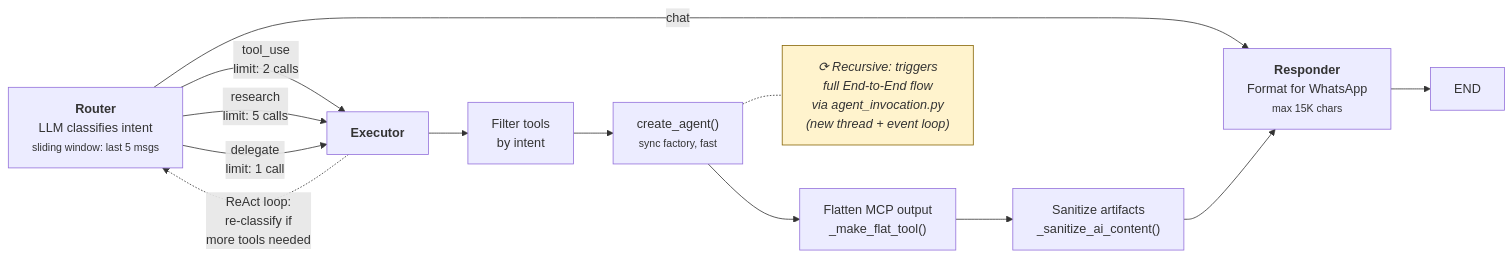
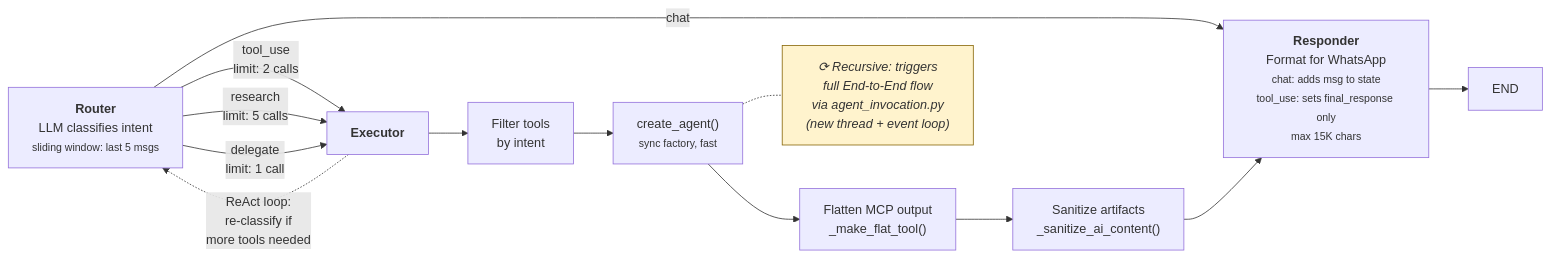
Before and after one commit to jeancsil/agntrick: the second of 2 diagrams in AGENTS.md, drawn with Mermaid. The commit also changed 3 other files, not shown here.

````diff
--- a/AGENTS.md
+++ b/AGENTS.md
@@ -236,25 +236,25 @@
 ```mermaid
 flowchart LR
     ROUTER["<b>Router</b><br/>LLM classifies intent<br/><small>sliding window: last 5 msgs</small>"]
 
     ROUTER -->|"chat"| RESP
     ROUTER -->|"tool_use<br/>limit: 2 calls"| EXEC
     ROUTER -->|"research<br/>limit: 5 calls"| EXEC
     ROUTER -->|"delegate<br/>limit: 1 call"| EXEC
 
     EXEC["<b>Executor</b>"]
     EXEC --> FILT["Filter tools<br/>by intent"]
     FILT --> SUB["create_agent()<br/><small>sync factory, fast</small>"]
     SUB --> FLAT["Flatten MCP output<br/>_make_flat_tool()"]
     FLAT --> CLEAN["Sanitize artifacts<br/>_sanitize_ai_content()"]
     CLEAN --> RESP
 
     EXEC -.->|"ReAct loop:<br/>re-classify if<br/>more tools needed"| ROUTER
 
     SUB -.- note1["⟳ Recursive: triggers<br/>full End-to-End flow<br/>via agent_invocation.py<br/>(new thread + event loop)"]:::note
 
-    RESP["<b>Responder</b><br/>Format for WhatsApp<br/><small>max 15K chars</small>"]
+    RESP["<b>Responder</b><br/>Format for WhatsApp<br/><small>chat: adds msg to state<br/>tool_use: sets final_response only<br/>max 15K chars</small>"]
     RESP --> END_NODE["END"]
 
     classDef note fill:#fff3cd,stroke:#856404,color:#333,font-style:italic
 ```
````
